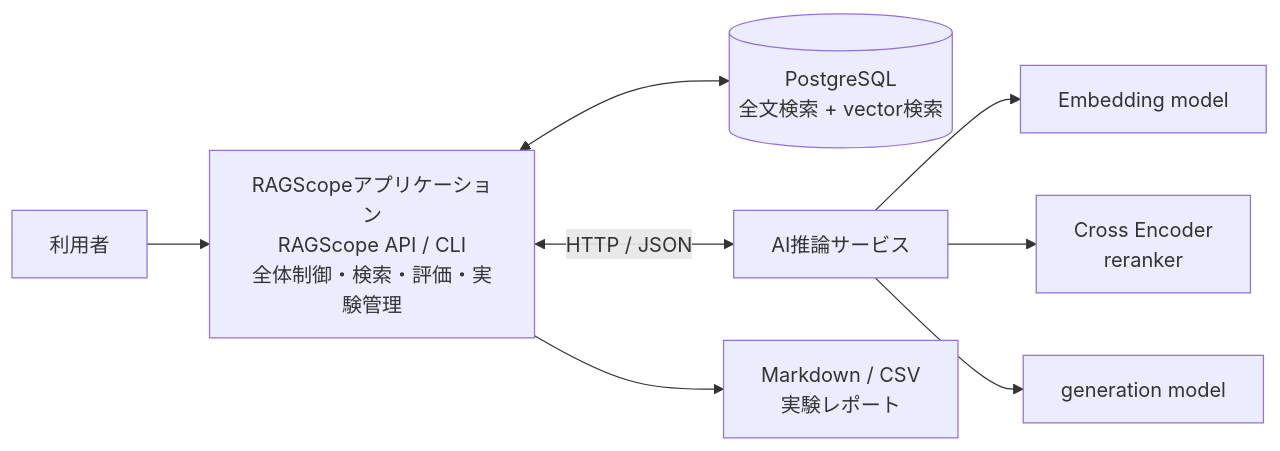
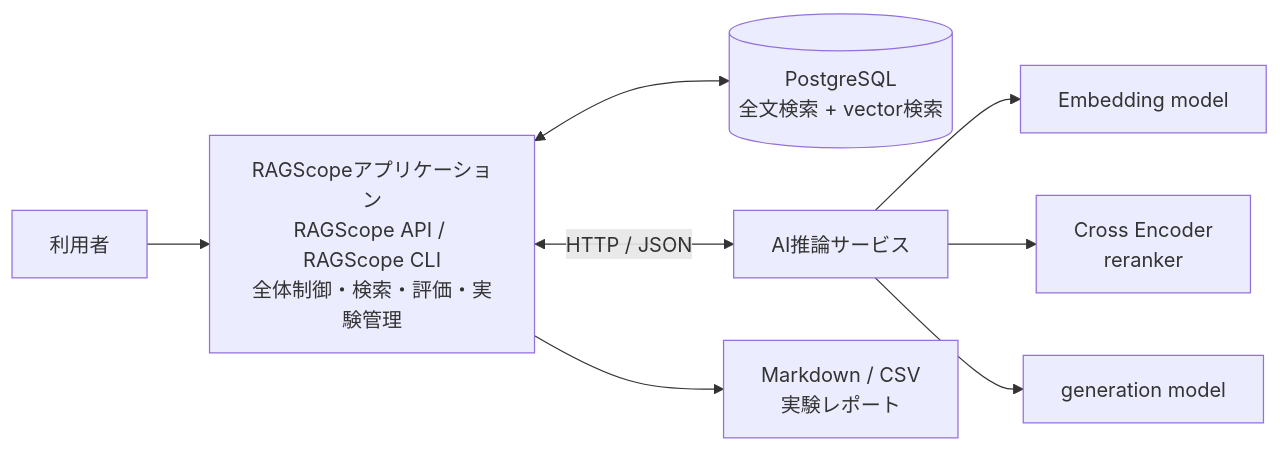
Before and after one commit to takashit16833/RAGScope: the first of 6 diagrams in RAGScope/docs/design/システムアーキテクチャ.md, drawn with Mermaid. The commit also changed other lines of this file and 1 other file, not shown here.

````diff
--- a/RAGScope/docs/design/システムアーキテクチャ.md
+++ b/RAGScope/docs/design/システムアーキテクチャ.md
@@ -59,13 +76,13 @@
 ```mermaid
 flowchart LR
-    User["利用者"] --> Application["RAGScopeアプリケーション<br>RAGScope API / CLI<br>全体制御・検索・評価・実験管理"]
+    User["利用者"] --> Application["RAGScopeアプリケーション<br>RAGScope API / RAGScope CLI<br>全体制御・検索・評価・実験管理"]
 
     Application <--> DB[("PostgreSQL<br>全文検索 + vector検索")]
     Application <-->|HTTP / JSON| Python["AI推論サービス"]
 
     Python --> Embedding["Embedding model"]
     Python --> Reranker["Cross Encoder<br>reranker"]
     Python --> Generation["generation model"]
 
     Application --> Report["Markdown / CSV<br>実験レポート"]
 ```
````
